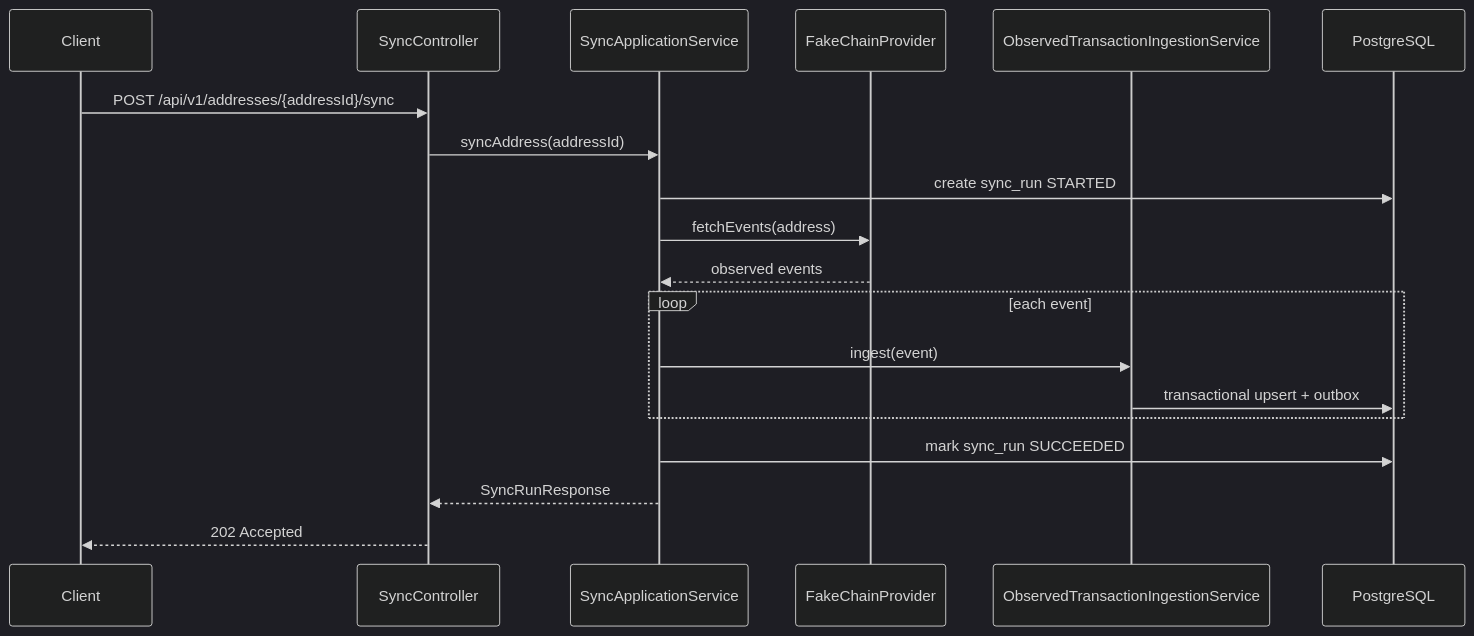
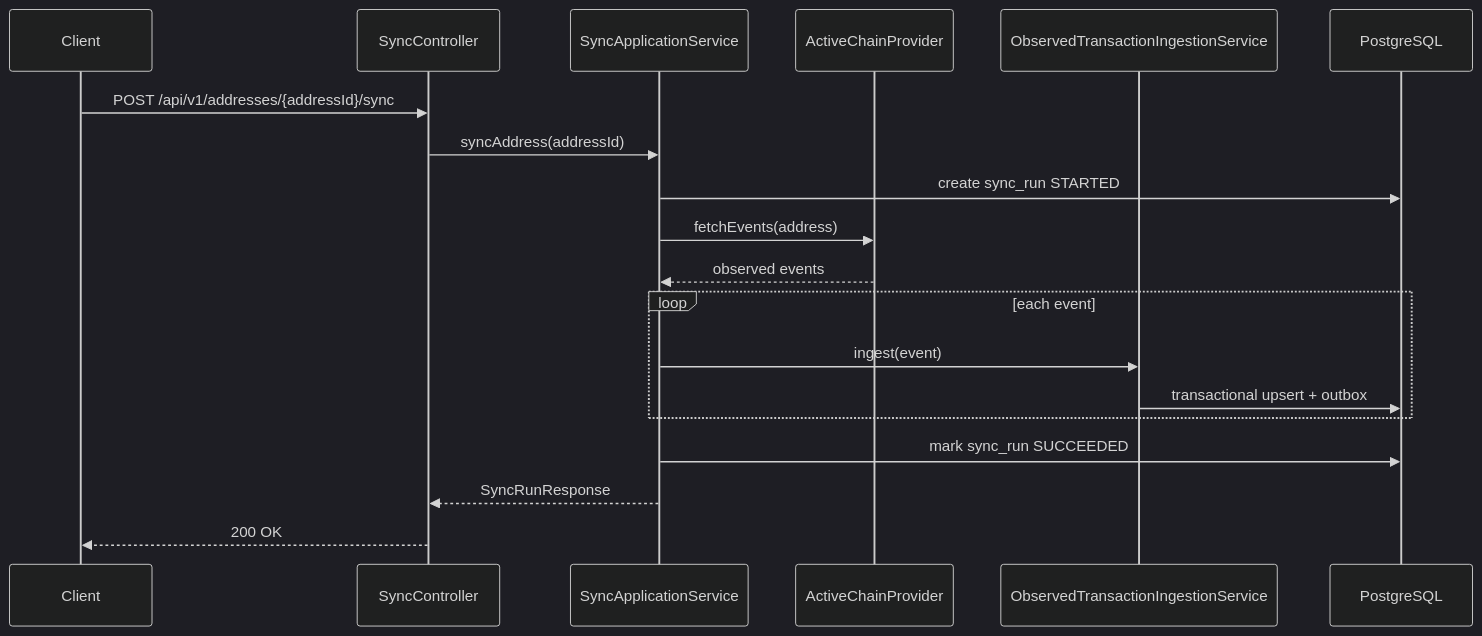
The second of 7 diagrams in docs/architecture.md (AsyncAssassin/asset-sync-service), drawn with Mermaid (dark theme) before and after one commit. The commit also changed other lines of this file and 78 other files, not shown here.

````diff
--- a/docs/architecture.md
+++ b/docs/architecture.md
@@ -145,22 +146,22 @@
 ```mermaid
 sequenceDiagram
     participant Client
     participant API as SyncController
     participant Sync as SyncApplicationService
-    participant Provider as FakeChainProvider
+    participant Provider as ActiveChainProvider
     participant Ingest as ObservedTransactionIngestionService
     participant DB as PostgreSQL
 
     Client->>API: POST /api/v1/addresses/{addressId}/sync
     API->>Sync: syncAddress(addressId)
     Sync->>DB: create sync_run STARTED
     Sync->>Provider: fetchEvents(address)
     Provider-->>Sync: observed events
     loop each event
         Sync->>Ingest: ingest(event)
         Ingest->>DB: transactional upsert + outbox
     end
     Sync->>DB: mark sync_run SUCCEEDED
     Sync-->>API: SyncRunResponse
-    API-->>Client: 202 Accepted
+    API-->>Client: 200 OK
 ```
````
